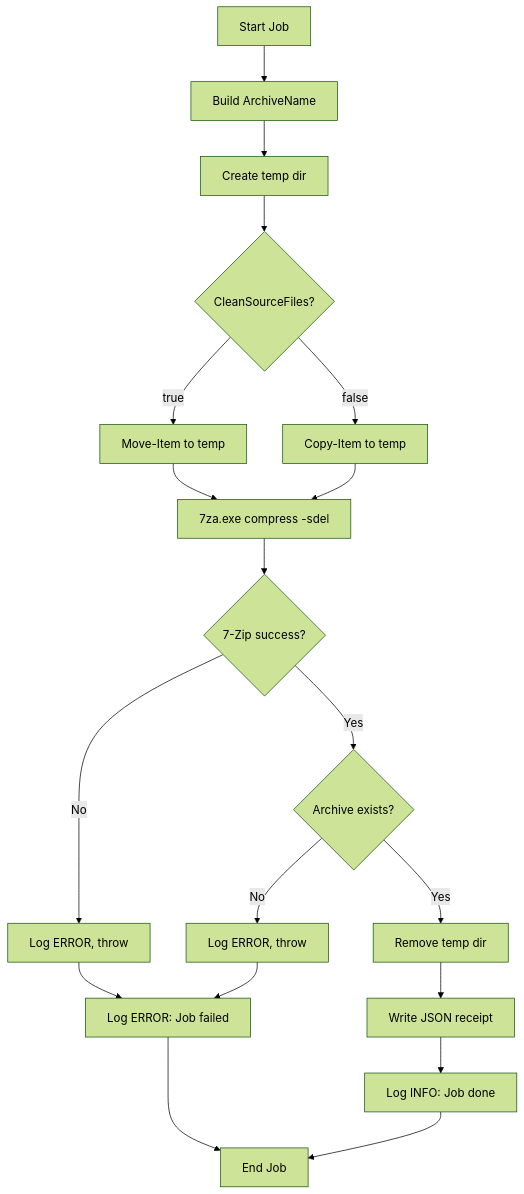
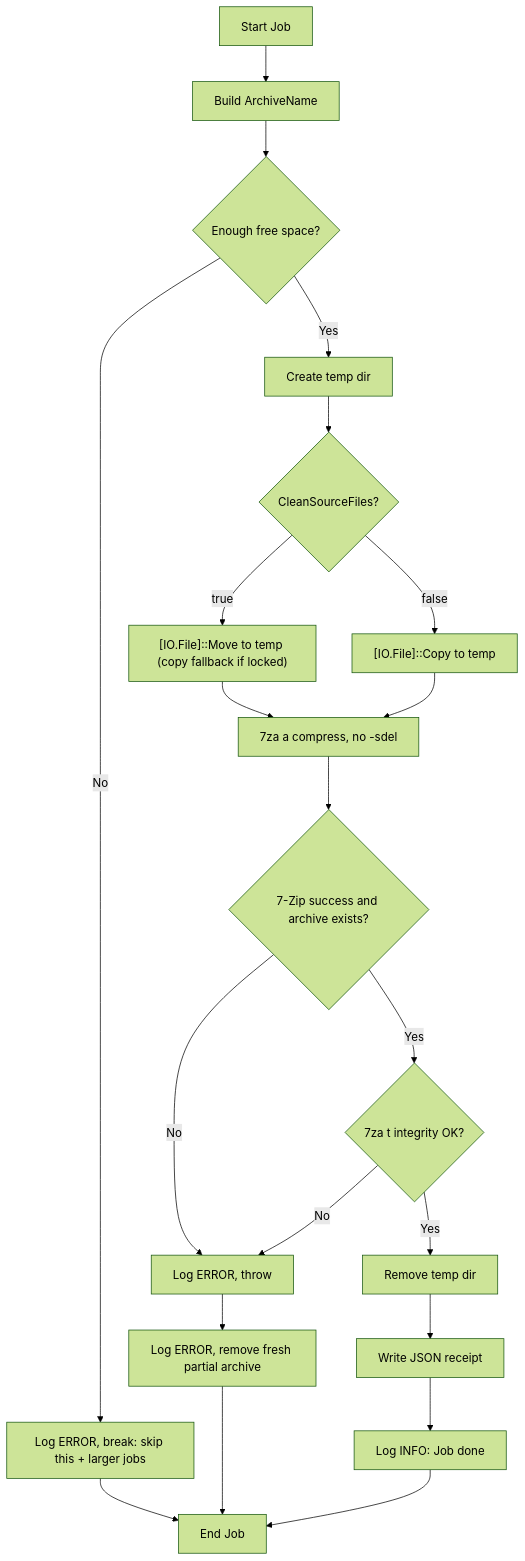
The sixth of 13 diagrams in docs/design/FLOWCHARTS.md (epuckop/shiny-pancake), drawn with Mermaid (forest theme) before and after one commit. The commit also changed other lines of this file and 7 other files, not shown here.

````diff
--- a/docs/design/FLOWCHARTS.md
+++ b/docs/design/FLOWCHARTS.md
@@ -154,21 +154,23 @@
 ```mermaid
 flowchart TD
     A[Start Job] --> B[Build ArchiveName]
-    B --> C[Create temp dir]
+    B --> SP{Enough free space?}
+    SP -->|No| SX[Log ERROR, break: skip this + larger jobs]
+    SP -->|Yes| C[Create temp dir]
     C --> D{CleanSourceFiles?}
-    D -->|true| E[Move-Item to temp]
-    D -->|false| F[Copy-Item to temp]
-    E --> G[7za.exe compress -sdel]
+    D -->|true| E["[IO.File]::Move to temp (copy fallback if locked)"]
+    D -->|false| F["[IO.File]::Copy to temp"]
+    E --> G[7za a compress, no -sdel]
     F --> G
-    G --> H{7-Zip success?}
+    G --> H{7-Zip success and archive exists?}
     H -->|No| I[Log ERROR, throw]
-    H -->|Yes| J{Archive exists?}
-    J -->|No| K[Log ERROR, throw]
-    J -->|Yes| L[Remove temp dir]
+    H -->|Yes| T{7za t integrity OK?}
+    T -->|No| I
+    T -->|Yes| L[Remove temp dir]
     L --> M[Write JSON receipt]
     M --> N[Log INFO: Job done]
-    I --> O[Log ERROR: Job failed]
-    K --> O
+    I --> O[Log ERROR, remove fresh partial archive]
     N --> P[End Job]
     O --> P
+    SX --> P
 ```
````
